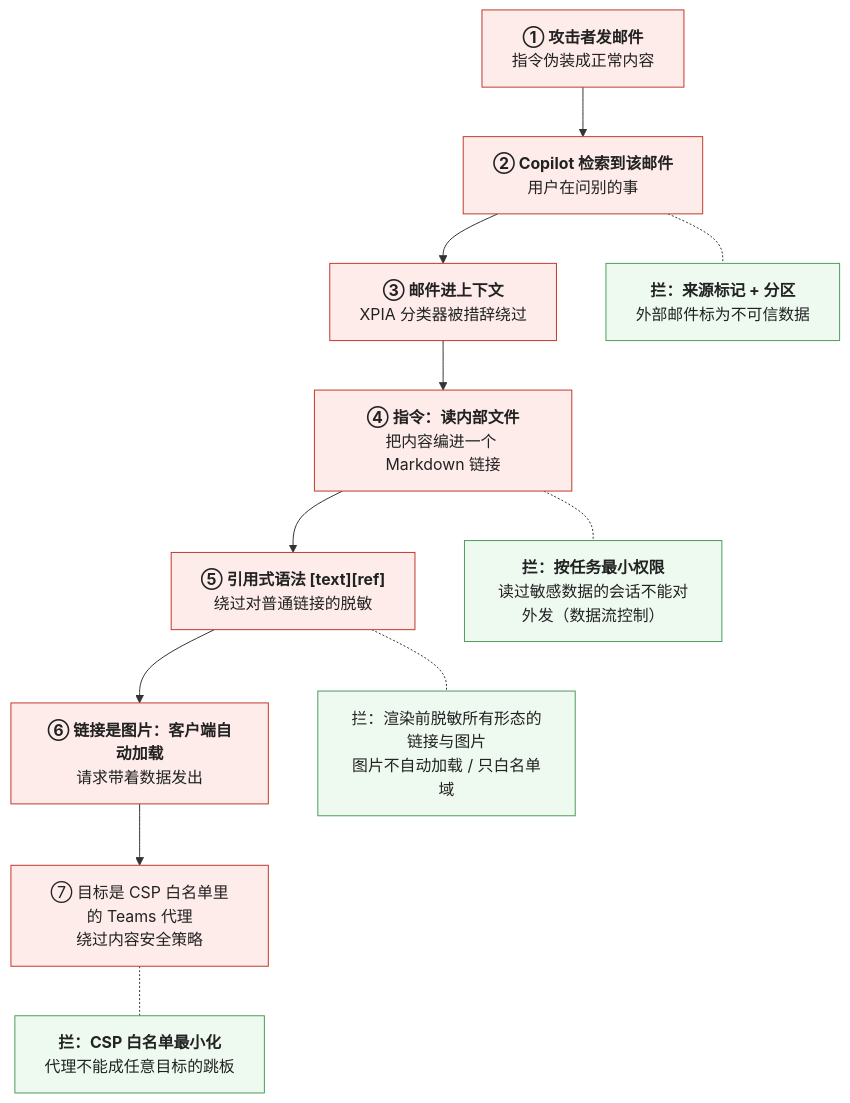
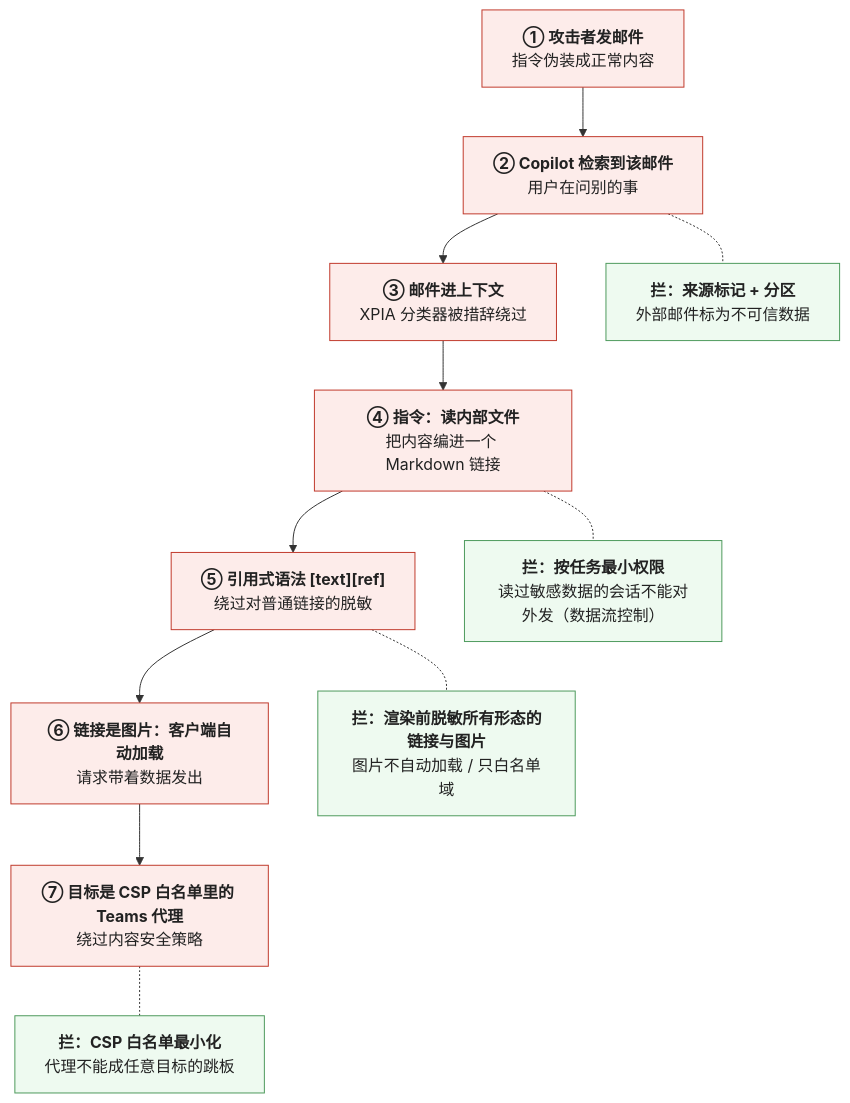
Before and after one commit to arganzheng/arganzheng.github.com: the first of 5 diagrams in _posts/2026-11-11-security-prompt-injection-supply-chain-and-data-exfiltration.md, drawn with Mermaid. The commit also changed other lines of this file and 9 other files, not shown here.

````diff
--- a/_posts/2026-11-11-security-prompt-injection-supply-chain-and-data-exfiltration.md
+++ b/_posts/2026-11-11-security-prompt-injection-supply-chain-and-data-exfiltration.md
@@ -68,18 +77,18 @@
 ```mermaid
 %% 图：EchoLeak 的七环与每一环能拦住它的层——攻击邮件被检索进上下文（②③：来源标记与分区，分类器被绕过）→ 指令让 Copilot 读内部文件并编进链接（④：按任务最小权限、读过敏感数据的会话不能对外发）→ 引用式 Markdown 绕过链接脱敏、图片自动加载把数据带出去（⑤⑥：脱敏所有形态的链接与图片、不自动加载）→ 外联目标在 CSP 白名单里的 Teams 代理（⑦：白名单最小化）；任一环拦住数据就出不去
 flowchart TB
     E1["<b>① 攻击者发邮件</b><br/>指令伪装成正常内容"] --> E2["<b>② Copilot 检索到该邮件</b><br/>用户在问别的事"]
     E2 --> E3["<b>③ 邮件进上下文</b><br/>XPIA 分类器被措辞绕过"]
     E3 --> E4["<b>④ 指令：读内部文件</b><br/>把内容编进一个 Markdown 链接"]
     E4 --> E5["<b>⑤ 引用式语法 [text][ref]</b><br/>绕过对普通链接的脱敏"]
     E5 --> E6["<b>⑥ 链接是图片：客户端自动加载</b><br/>请求带着数据发出"]
-    E6 --> E7["⑦ 目标是 CSP 白名单里的 Teams 代理<br/>绕过内容安全策略"]
+    E6 --> E7["<b>⑦ 目标是 CSP 白名单里的 Teams 代理</b><br/>绕过内容安全策略"]
     E2 -.- D1["<b>拦：来源标记 + 分区</b><br/>外部邮件标为不可信数据"]
     E4 -.- D2["<b>拦：按任务最小权限</b><br/>读过敏感数据的会话不能对外发（数据流控制）"]
-    E5 -.- D3["拦：渲染前脱敏所有形态的链接与图片<br/>图片不自动加载 / 只白名单域"]
+    E5 -.- D3["<b>拦：渲染前脱敏所有形态的链接与图片</b><br/>图片不自动加载 / 只白名单域"]
     E7 -.- D4["<b>拦：CSP 白名单最小化</b><br/>代理不能成任意目标的跳板"]
     classDef chain fill:#fdecea,stroke:#c0392b,color:#222
     classDef def_ fill:#eefaf0,stroke:#4d9a5c,color:#222
     class E1,E2,E3,E4,E5,E6,E7 chain
     class D1,D2,D3,D4 def_
 ```
````
